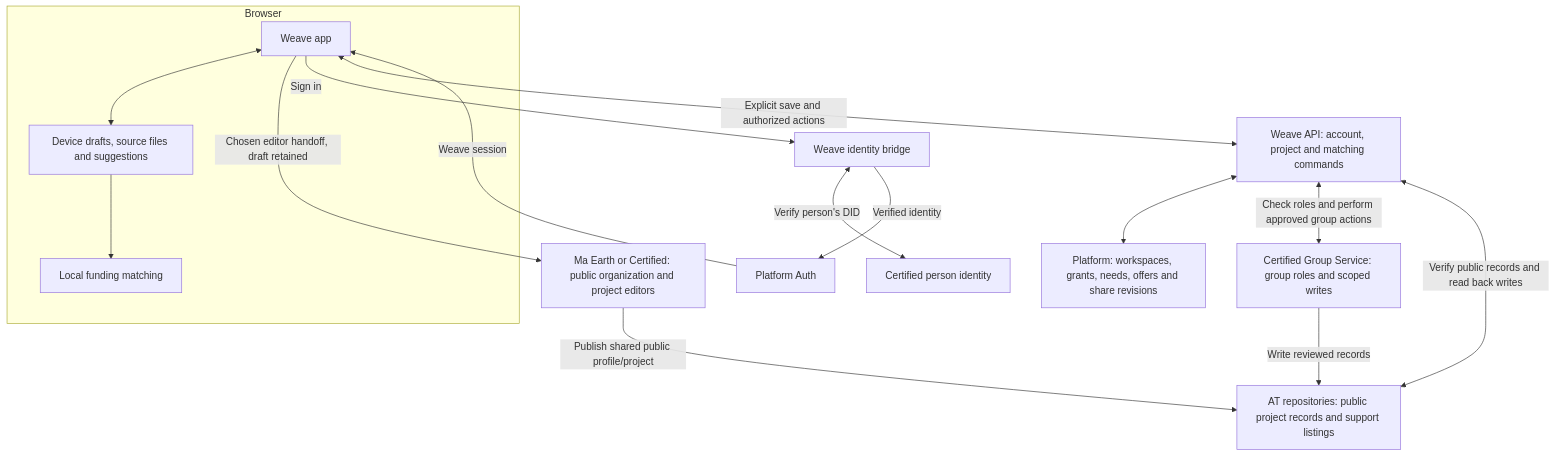
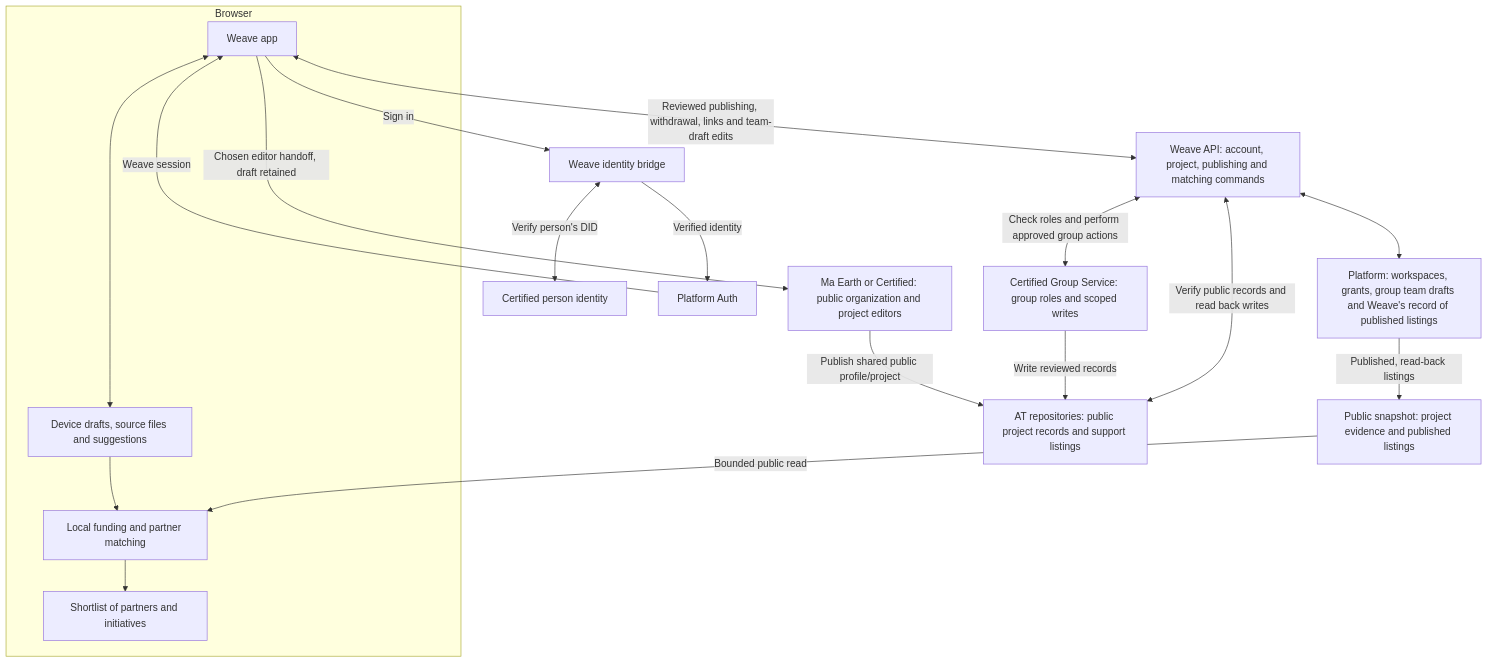
Before and after one commit to regen-commons/weave: the first of 10 diagrams in docs/platform/03-logical-architecture.md, drawn with Mermaid. The commit also changed other lines of this file and 6 other files, not shown here.

````diff
--- a/docs/platform/03-logical-architecture.md
+++ b/docs/platform/03-logical-architecture.md
@@ -25,29 +27,34 @@
 ```mermaid
 flowchart TB
   subgraph Device["Browser"]
     draft["Device drafts, source files and suggestions"]
     app["Weave app"]
-    funding["Local funding matching"]
+    funding["Local funding and partner matching"]
+    shortlist["Shortlist of partners and initiatives"]
     app <--> draft
     draft --> funding
+    funding --> shortlist
   end
   certified["Certified person identity"]
   bridge["Weave identity bridge"]
   auth["Platform Auth"]
-  api["Weave API: account, project and matching commands"]
-  platform["Platform: workspaces, grants, needs, offers and share revisions"]
+  api["Weave API: account, project, publishing and matching commands"]
+  platform["Platform: workspaces, grants, group team drafts and Weave's record of published listings"]
+  snapshot["Public snapshot: project evidence and published listings"]
   groupService["Certified Group Service: group roles and scoped writes"]
   editors["Ma Earth or Certified: public organization and project editors"]
   repo["AT repositories: public project records and support listings"]
   app -->|"Chosen editor handoff, draft retained"| editors
   editors -->|"Publish shared public profile/project"| repo
   app -->|"Sign in"| bridge
   bridge <-->|"Verify person's DID"| certified
   bridge -->|"Verified identity"| auth
   auth -->|"Weave session"| app
-  app <-->|"Explicit save and authorized actions"| api
+  app <-->|"Reviewed publishing, withdrawal, links and team-draft edits"| api
   api <--> platform
   api <-->|"Check roles and perform approved group actions"| groupService
   groupService -->|"Write reviewed records"| repo
   api <-->|"Verify public records and read back writes"| repo
+  platform -->|"Published, read-back listings"| snapshot
+  snapshot -->|"Bounded public read"| funding
 ```
````
